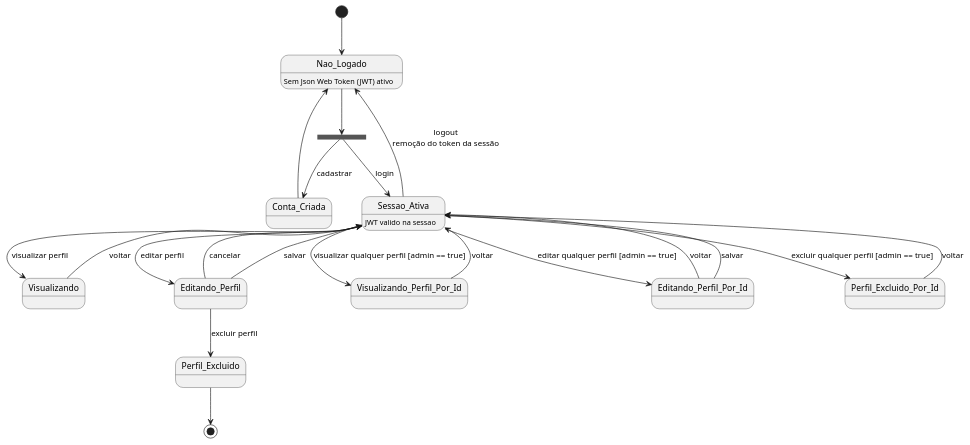
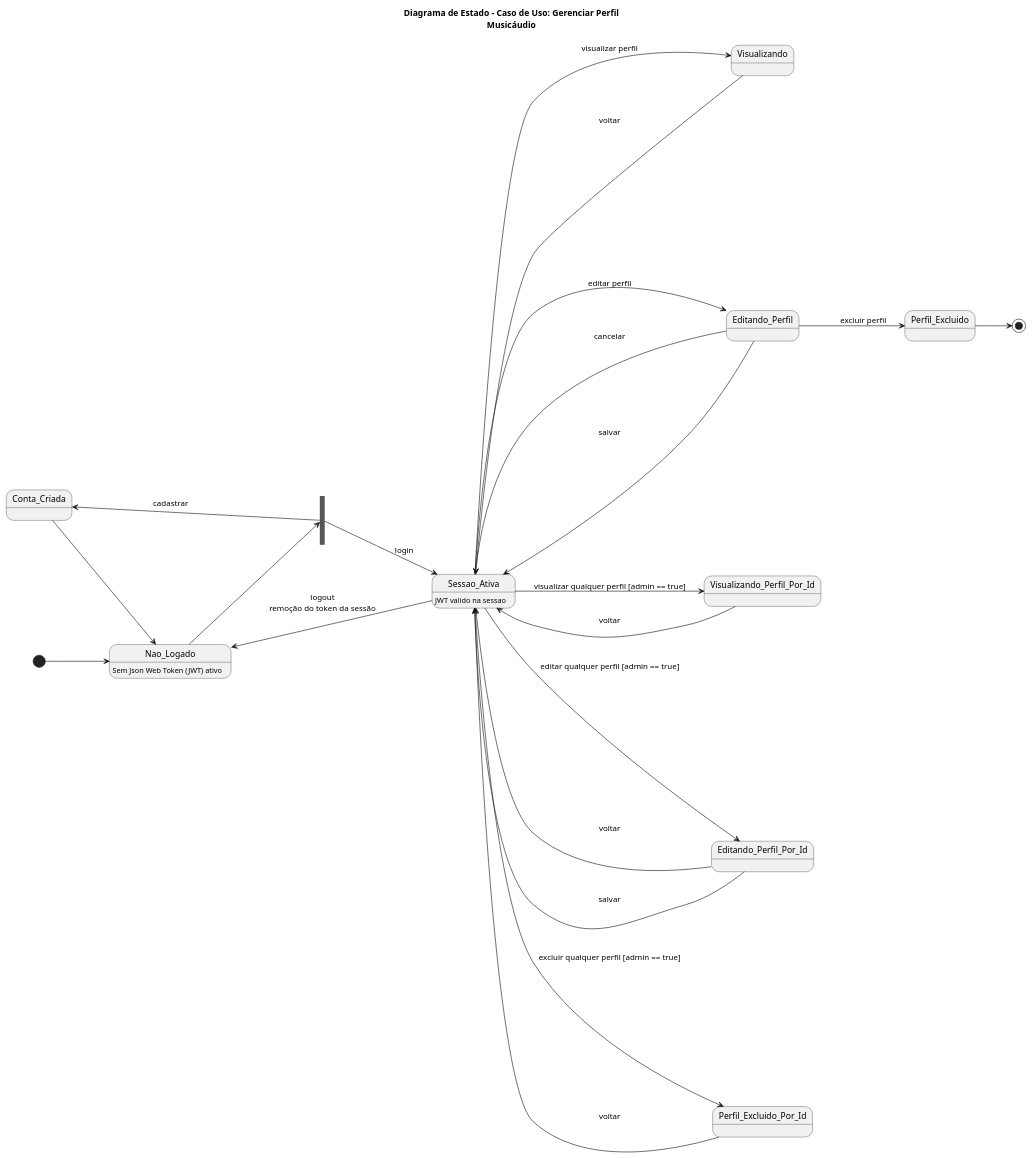
The diagram in Estado/gerenciar_perfil.puml (JorgeSkraba/Musicaudio_UML), drawn with PlantUML before and after one commit. The commit also changed 1 other file, not shown here.

Commit message:
adição do diagrama de estado do caso de uso gerenciar curso

```diff
--- a/Estado/gerenciar_perfil.puml
+++ b/Estado/gerenciar_perfil.puml
@@ -1,29 +1,38 @@
+@startuml gerenciar_perfil
+
+title Diagrama de Estado - Caso de Uso: Gerenciar Perfil\nMusicáudio
+
+skinparam nodesep 150
+
+left to right direction
 
 'cadastro e login
 [*] --> Nao_Logado
 Nao_Logado : Sem Json Web Token (JWT) ativo
 state fork_state <<fork>>
 Nao_Logado --> fork_state
-fork_state --> Conta_Criada : cadastrar
+fork_state -up-> Conta_Criada : cadastrar
 fork_state --> Sessao_Ativa : login
 Sessao_Ativa : JWT valido na sessao
 Conta_Criada --> Nao_Logado
 Sessao_Ativa --> Nao_Logado : logout\nremoção do token da sessão
 
 'CRUD perfil
 Sessao_Ativa --> Visualizando : visualizar perfil
 Visualizando --> Sessao_Ativa : voltar
 Sessao_Ativa --> Editando_Perfil : editar perfil
 Editando_Perfil --> Sessao_Ativa : cancelar
 Editando_Perfil --> Sessao_Ativa : salvar
 Editando_Perfil --> Perfil_Excluido : excluir perfil
 Perfil_Excluido --> [*]
 
 'CRUD perfil admin
 Sessao_Ativa --> Visualizando_Perfil_Por_Id : visualizar qualquer perfil [admin == true]
 Visualizando_Perfil_Por_Id --> Sessao_Ativa : voltar
 Sessao_Ativa --> Editando_Perfil_Por_Id : editar qualquer perfil [admin == true]
 Editando_Perfil_Por_Id --> Sessao_Ativa : voltar
 Editando_Perfil_Por_Id --> Sessao_Ativa : salvar
 Sessao_Ativa --> Perfil_Excluido_Por_Id : excluir qualquer perfil [admin == true]
 Perfil_Excluido_Por_Id --> Sessao_Ativa : voltar
+
+@enduml
```
